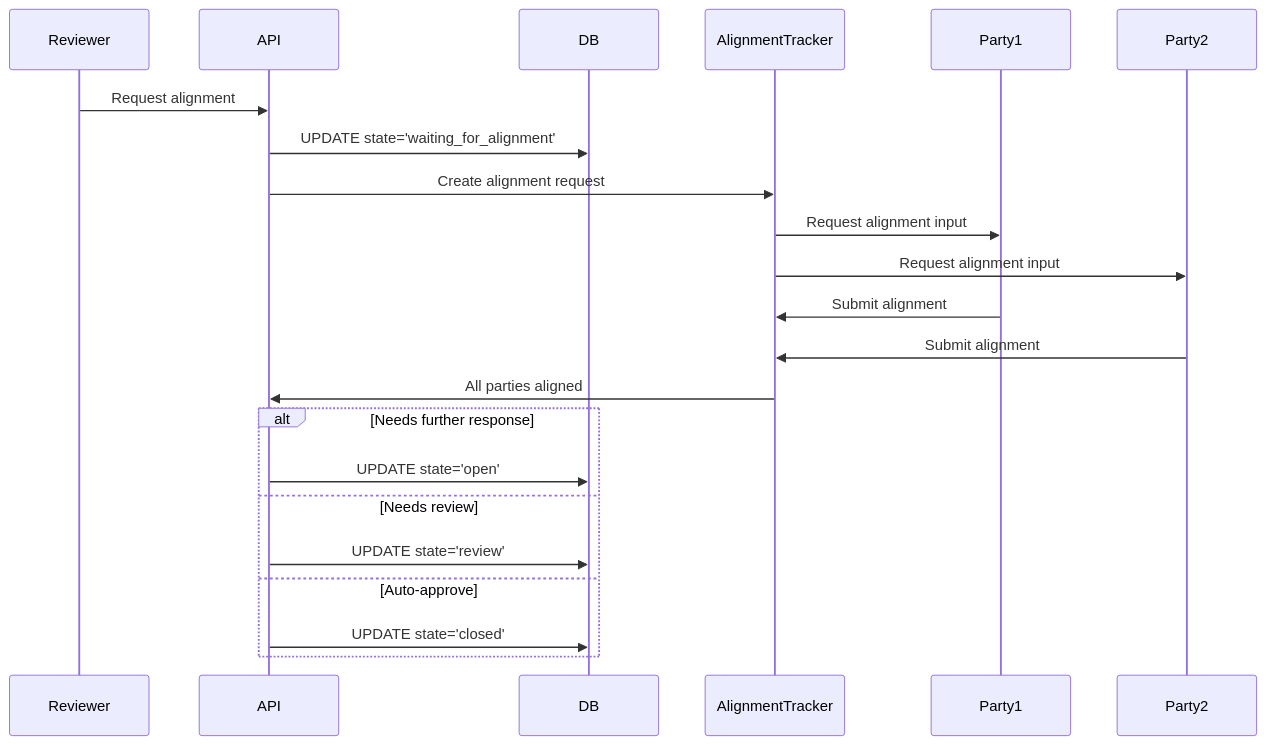
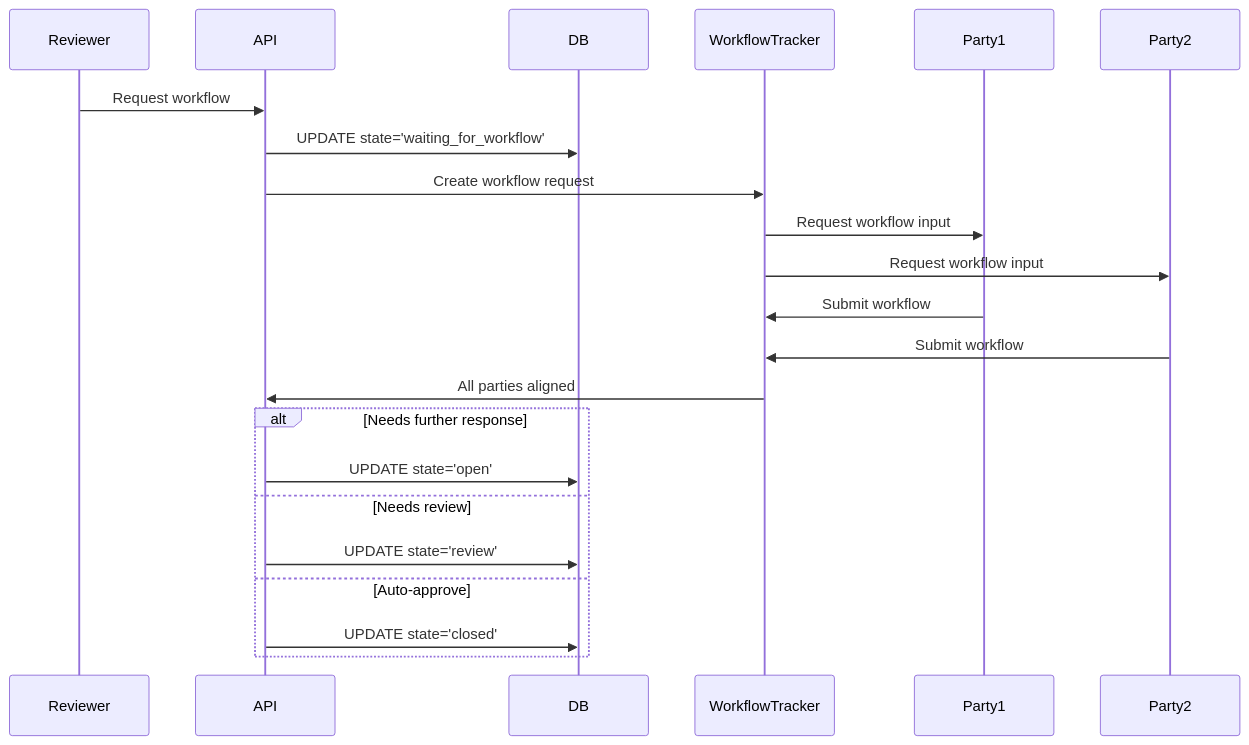
Before and after one commit to neon-law-foundation/Harness: the fifth of 9 diagrams in ASSIGNED_NOTATION_STATE_MACHINE.md, drawn with Mermaid. The commit also changed other lines of this file and 3 other files, not shown here.

First line of the commit message:
docs: update flow→questionnaire, alignment→workflow in docs and examples

````diff
--- a/ASSIGNED_NOTATION_STATE_MACHINE.md
+++ b/ASSIGNED_NOTATION_STATE_MACHINE.md
@@ -197,27 +197,27 @@
 ```mermaid
 sequenceDiagram
     participant Reviewer
     participant API
     participant DB
-    participant AlignmentTracker
+    participant WorkflowTracker
     participant Party1
     participant Party2
 
-    Reviewer->>API: Request alignment
-    API->>DB: UPDATE state='waiting_for_alignment'
-    API->>AlignmentTracker: Create alignment request
-    AlignmentTracker->>Party1: Request alignment input
-    AlignmentTracker->>Party2: Request alignment input
+    Reviewer->>API: Request workflow
+    API->>DB: UPDATE state='waiting_for_workflow'
+    API->>WorkflowTracker: Create workflow request
+    WorkflowTracker->>Party1: Request workflow input
+    WorkflowTracker->>Party2: Request workflow input
 
-    Party1->>AlignmentTracker: Submit alignment
-    Party2->>AlignmentTracker: Submit alignment
+    Party1->>WorkflowTracker: Submit workflow
+    Party2->>WorkflowTracker: Submit workflow
 
-    AlignmentTracker->>API: All parties aligned
+    WorkflowTracker->>API: All parties aligned
     alt Needs further response
         API->>DB: UPDATE state='open'
     else Needs review
         API->>DB: UPDATE state='review'
     else Auto-approve
         API->>DB: UPDATE state='closed'
     end
 ```
````
